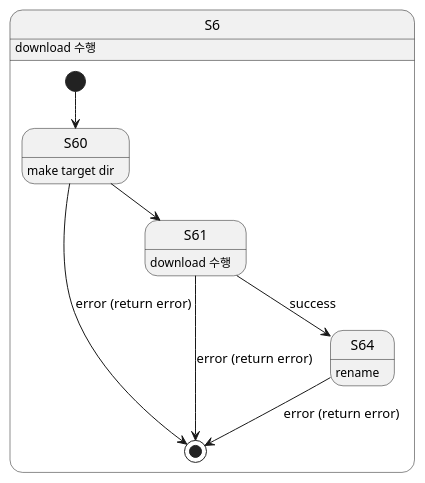
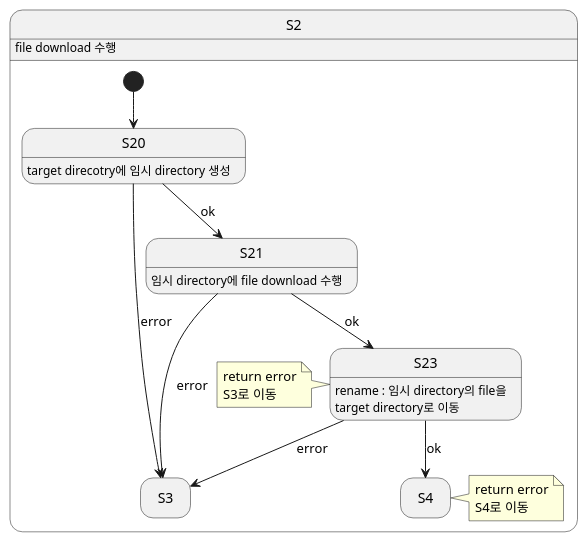
The third of 3 diagrams in doc/downloader_state.md (castisdev/cfw), drawn with PlantUML before and after one commit. The commit also changed other lines of this file and 4 other files, not shown here.

````diff
--- a/doc/downloader_state.md
+++ b/doc/downloader_state.md
@@ -79,19 +90,25 @@
 ```plantuml
 hide empty description
-state S6 {
-S6 : download 수행
+state S2 {
+S2 : file download 수행
 
-[*]--> S60
-S60 : make target dir
-S60 --> [*] : error (return error)
-S60 --> S61
-S61 : download 수행
-S61 --> [*] : error (return error)
-S61 --> S64 : success
-S64 : rename
-S64 --> [*] : error (return error)
-
-
-
+[*]--> S20
+S20 : target direcotry에 임시 directory 생성
+S20 --> S3 : error
+S20 --> S21 : ok
+S21 : 임시 directory에 file download 수행
+S21 --> S3 : error
+S21 --> S23 : ok
+S23 : rename : 임시 directory의 file을\ntarget directory로 이동
+S23 --> S3 : error
+  note left
+  return error
+  S3로 이동
+  end note
+S23 --> S4 : ok
+  note right
+  return error
+  S4로 이동
+  end note
 }
 ```
````
